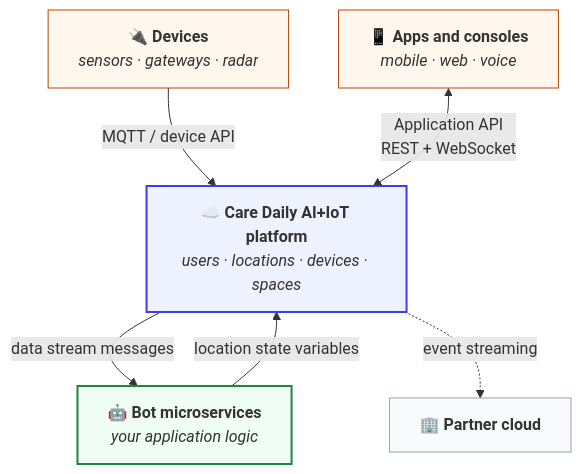
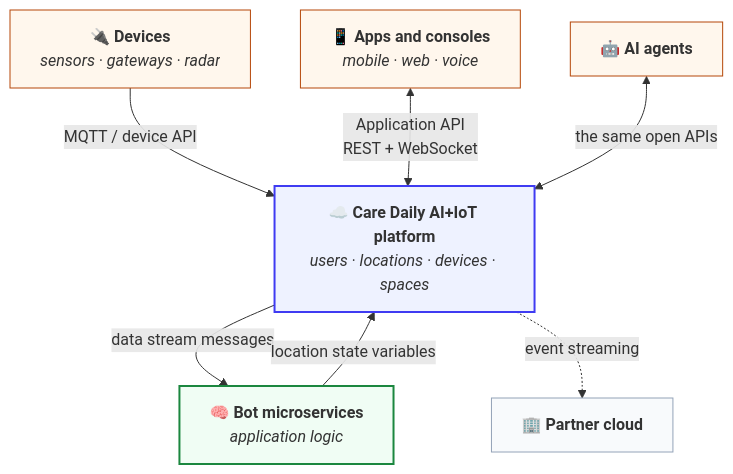
One commit to CareDailyAI/docs changed the first of 2 diagrams in README.md. Above: the diagram before and after it, drawn with Mermaid. The commit also changed other lines of this file and 2 other files, not shown here.

````diff
--- a/README.md
+++ b/README.md
@@ -21,23 +20,25 @@
 ```mermaid
 flowchart TB
     DEV["🔌 <b>Devices</b><br/><i>sensors · gateways · radar</i>"]
     APP["📱 <b>Apps and consoles</b><br/><i>mobile · web · voice</i>"]
+    AG["🤖 <b>AI agents</b>"]
     P["☁️ <b>Care Daily AI+IoT platform</b><br/><i>users · locations · devices · spaces</i>"]
-    B["🤖 <b>Bot microservices</b><br/><i>your application logic</i>"]
+    B["🧠 <b>Bot microservices</b><br/><i>application logic</i>"]
     EXT["🏢 <b>Partner cloud</b>"]
 
     DEV -->|"MQTT / device API"| P
     APP <-->|"Application API<br/>REST + WebSocket"| P
+    AG <-->|"the same open APIs"| P
     P -->|"data stream messages"| B
     B -->|"location state variables"| P
     P -.->|"event streaming"| EXT
 
     classDef plat fill:#eef2ff,stroke:#3f3bf2,stroke-width:2px
     classDef bot  fill:#f0fdf4,stroke:#1b873f,stroke-width:2px
     classDef edge fill:#fff7ed,stroke:#b54708
     classDef ext  fill:#f8fafc,stroke:#94a3b8
     class P plat
     class B bot
-    class DEV,APP edge
+    class DEV,APP,AG edge
     class EXT ext
 ```
````
